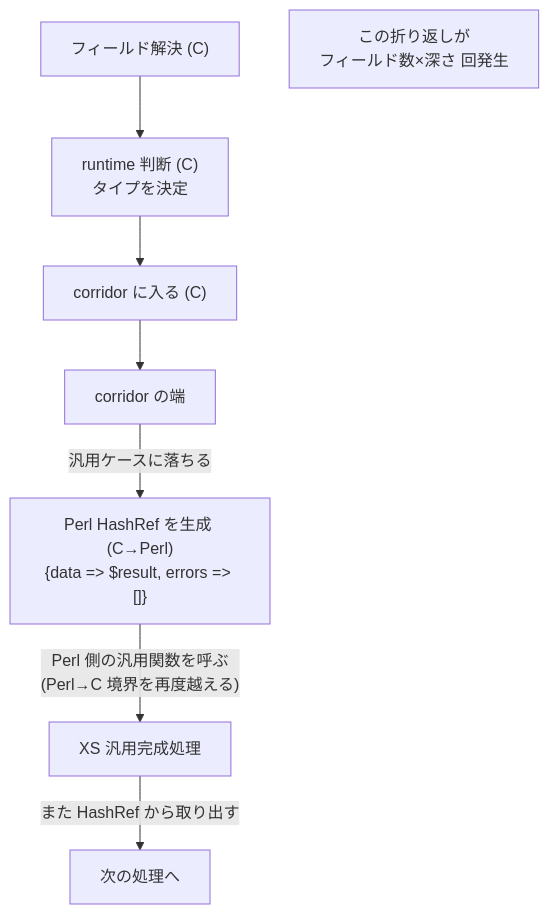
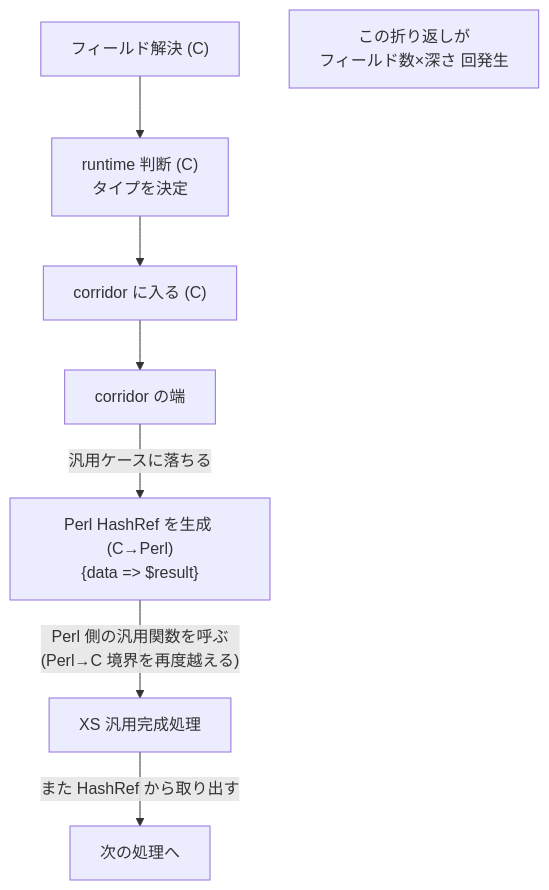
Diagram 16 of 27 in docs/evolution-and-performance.md (AnaTofuZ/GraphQL-Houtou), drawn with Mermaid before and after one commit. The commit also changed other lines of this file and 36 other files, not shown here.

````diff
--- a/docs/evolution-and-performance.md
+++ b/docs/evolution-and-performance.md
@@ -331,12 +331,12 @@
 ```mermaid
 flowchart TD
     FIELD["フィールド解決 (C)"]
     FIELD --> DECISION["runtime 判断 (C)\nタイプを決定"]
     DECISION --> CORRIDOR["corridor に入る (C)"]
     CORRIDOR --> EDGE["corridor の端"]
-    EDGE -->|"汎用ケースに落ちる"| PERL_WRAP["Perl HashRef を生成 (C→Perl)\n{data => $result, errors => []}"]
+    EDGE -->|"汎用ケースに落ちる"| PERL_WRAP["Perl HashRef を生成 (C→Perl)\n{data => $result}"]
     PERL_WRAP -->|"Perl 側の汎用関数を呼ぶ\n(Perl→C 境界を再度越える)"| GENERIC_XS["XS 汎用完成処理"]
     GENERIC_XS -->|"また HashRef から取り出す"| NEXT["次の処理へ"]
 
     NOTE["この折り返しが\nフィールド数×深さ 回発生"]
 ```
````
